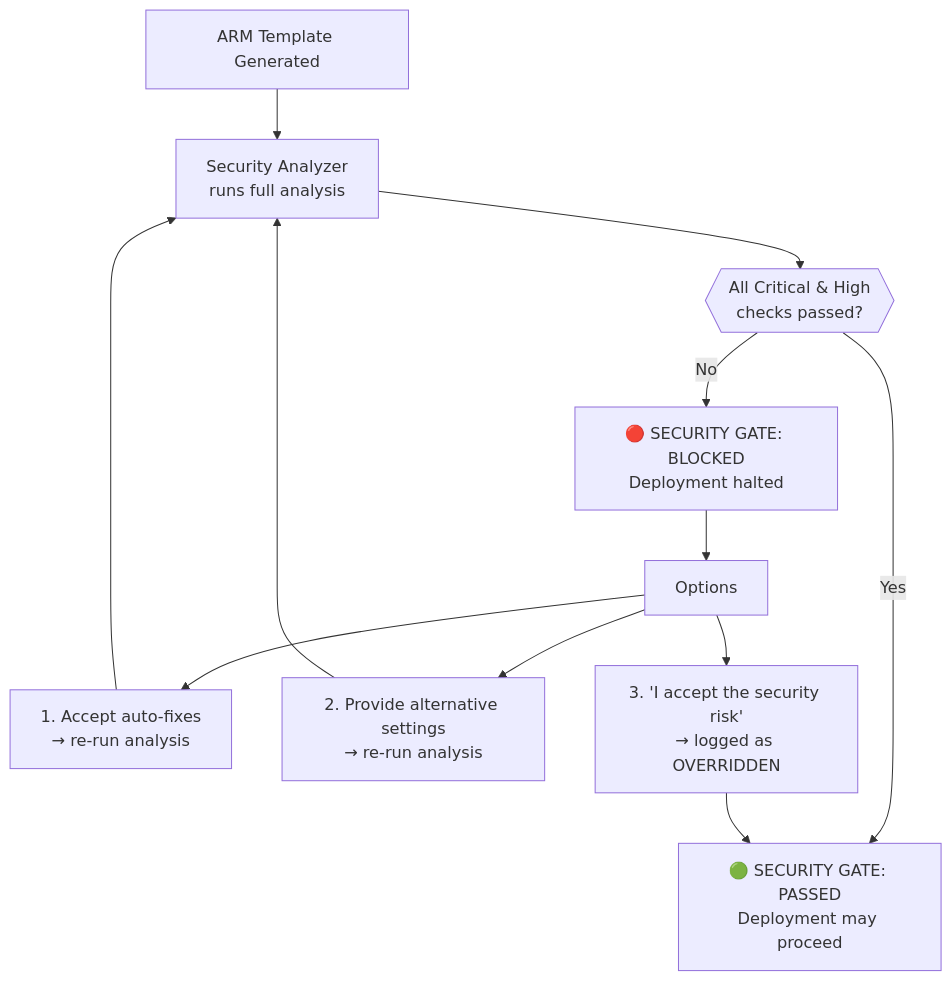
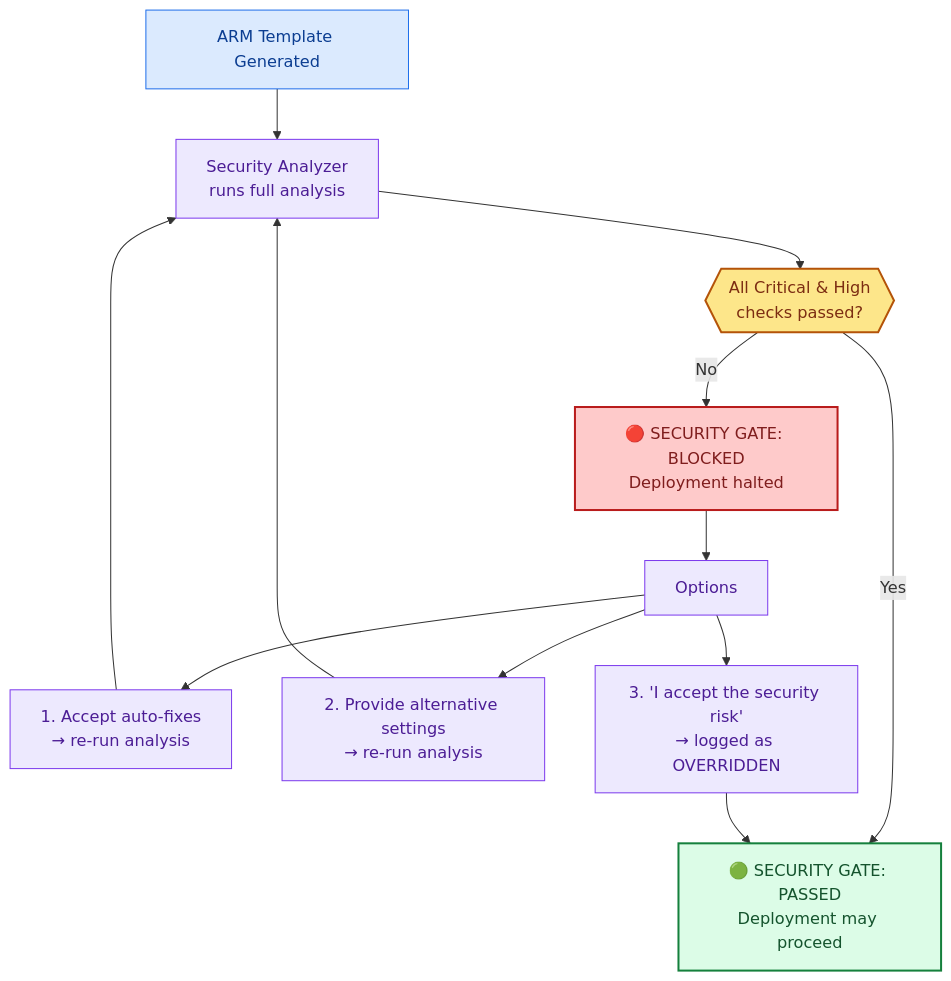
The diagram in website/docs/use-cases/security-analysis.md (Azure/git-ape), drawn with Mermaid before and after one commit. The commit also changed other lines of this file and 48 other files, not shown here.

First line of the commit message:
docs(website): manifesto-aligned rewrite, deploy-anything, mermaid zoom + colors

````diff
--- a/website/docs/use-cases/security-analysis.md
+++ b/website/docs/use-cases/security-analysis.md
@@ -15,14 +15,25 @@
 ```mermaid
 graph TD
     TEMPLATE["ARM Template Generated"] --> ANALYZE["Security Analyzer<br/>runs full analysis"]
     ANALYZE --> RESULT{{"All Critical & High<br/>checks passed?"}}
     RESULT -- "Yes" --> PASSED["🟢 SECURITY GATE: PASSED<br/>Deployment may proceed"]
     RESULT -- "No" --> BLOCKED["🔴 SECURITY GATE: BLOCKED<br/>Deployment halted"]
     BLOCKED --> OPTIONS["Options"]
     OPTIONS --> FIX["1. Accept auto-fixes<br/>→ re-run analysis"]
     OPTIONS --> MANUAL["2. Provide alternative settings<br/>→ re-run analysis"]
     OPTIONS --> OVERRIDE["3. 'I accept the security risk'<br/>→ logged as OVERRIDDEN"]
     FIX --> ANALYZE
     MANUAL --> ANALYZE
     OVERRIDE --> PASSED
+
+    classDef input fill:#dbeafe,stroke:#1f6feb,stroke-width:1px,color:#0b3d91
+    classDef process fill:#ede9fe,stroke:#7c3aed,stroke-width:1px,color:#4c1d95
+    classDef gate fill:#fde68a,stroke:#b45309,stroke-width:2px,color:#7c2d12
+    classDef passed fill:#dcfce7,stroke:#15803d,stroke-width:2px,color:#14532d
+    classDef blocked fill:#fecaca,stroke:#b91c1c,stroke-width:2px,color:#7f1d1d
+    class TEMPLATE input
+    class ANALYZE,OPTIONS,FIX,MANUAL,OVERRIDE process
+    class RESULT gate
+    class PASSED passed
+    class BLOCKED blocked
 ```
````
